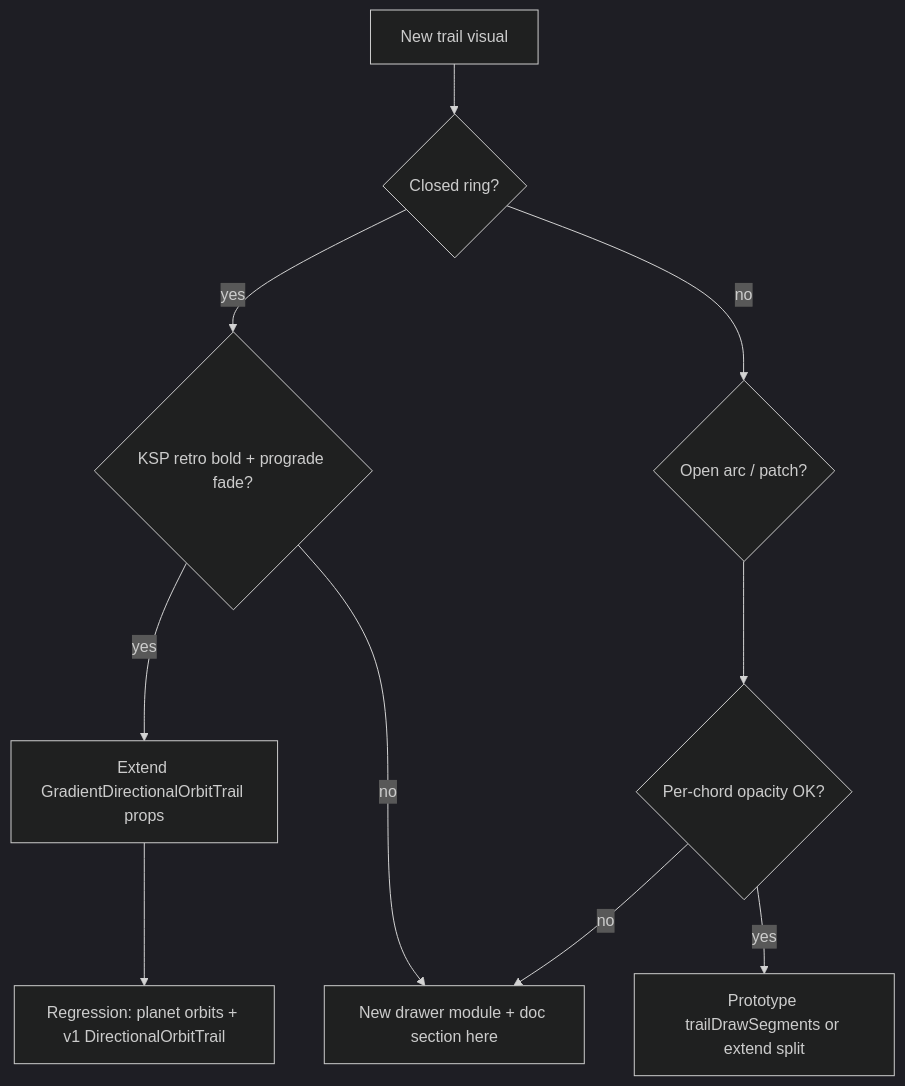
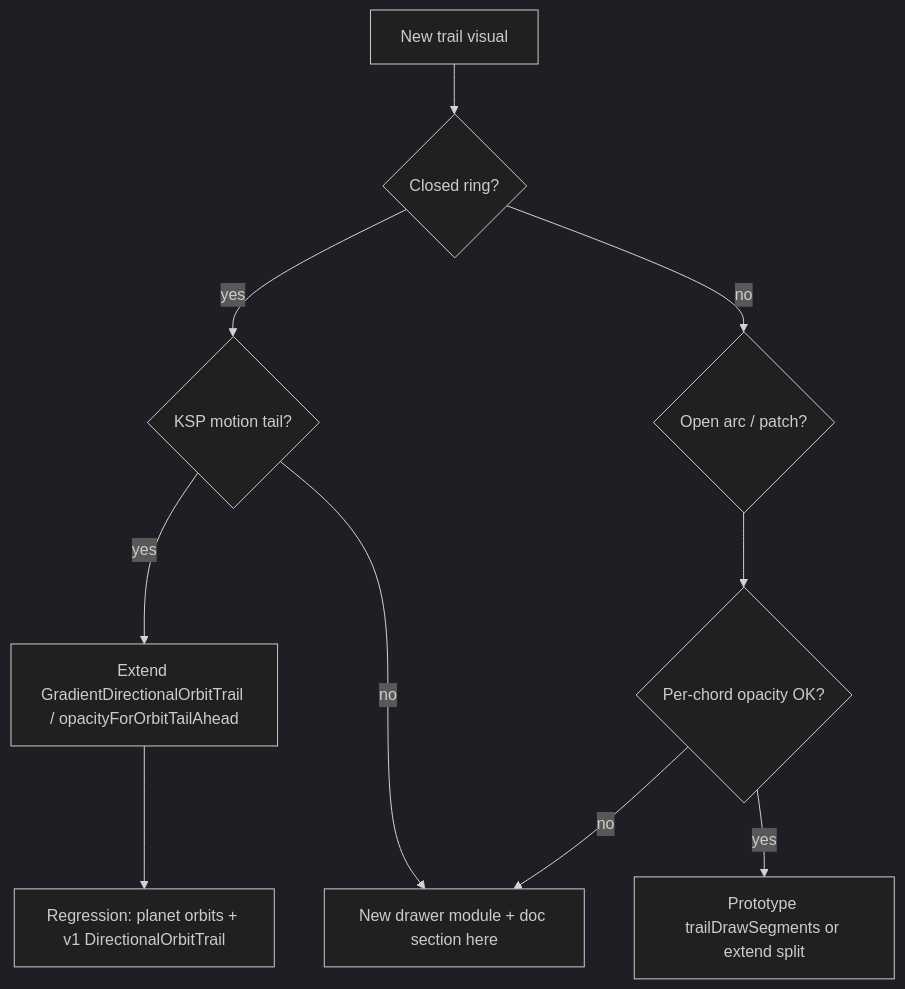
One commit to Kotagi/KSPCOMMAND changed the second of 2 diagrams in docs/ORBIT_TRAIL_DRAWING_GUIDE.md. Above: the diagram before and after it, drawn with Mermaid (dark theme). The commit also changed other lines of this file and 12 other files, not shown here.

````diff
--- a/docs/ORBIT_TRAIL_DRAWING_GUIDE.md
+++ b/docs/ORBIT_TRAIL_DRAWING_GUIDE.md
@@ -112,12 +160,12 @@
 ```mermaid
 flowchart TD
   start[New trail visual] --> closed{Closed ring?}
-  closed -->|yes| ksp{KSP retro bold + prograde fade?}
+  closed -->|yes| tail{KSP motion tail?}
   closed -->|no| open{Open arc / patch?}
-  ksp -->|yes| extend[Extend GradientDirectionalOrbitTrail props]
-  ksp -->|no| new[New drawer module + doc section here]
+  tail -->|yes| extend[Extend GradientDirectionalOrbitTrail / opacityForOrbitTailAhead]
+  tail -->|no| new[New drawer module + doc section here]
   open --> chord{Per-chord opacity OK?}
   chord -->|yes| trailSeg[Prototype trailDrawSegments or extend split]
   chord -->|no| new
   extend --> test[Regression: planet orbits + v1 DirectionalOrbitTrail]
 ```
````
